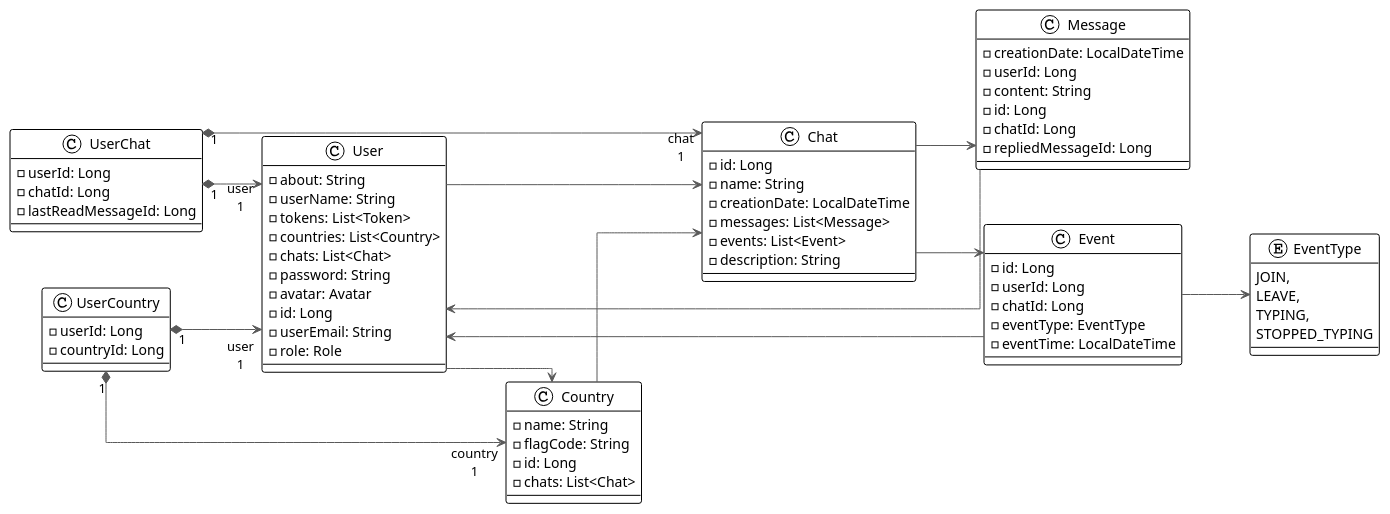
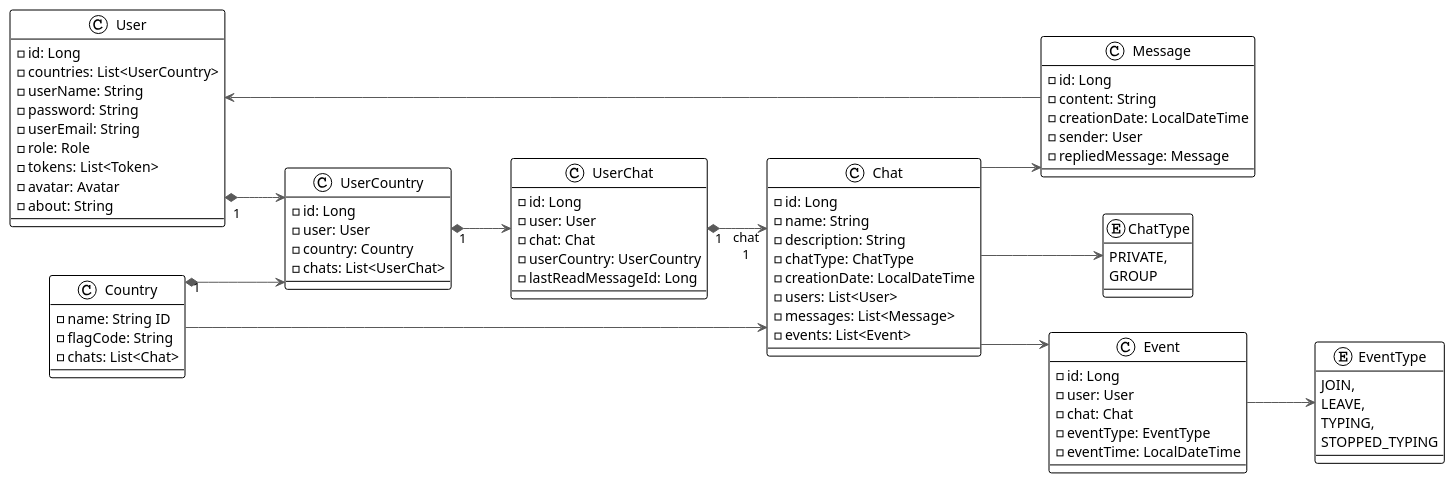
Before and after one commit to LiashenkoAndrey/talk-and-travel: the diagram in docs/architecture/core-class-diagram_v2.plantuml, drawn with PlantUML. The commit also changed 1 other file, not shown here.

Commit message:
class diagram v2

```diff
--- a/docs/architecture/core-class-diagram_v2.plantuml
+++ b/docs/architecture/core-class-diagram_v2.plantuml
@@ -1,87 +1,95 @@
 @startuml
 
 !theme plain
 left to right direction
 skinparam linetype ortho
 
 class User {
-  - about: String
+  - id: Long
+  - countries: List<UserCountry>
   - userName: String
-  - tokens: List<Token>
-  - countries: List<Country>
-  - chats: List<Chat>
   - password: String
-  - avatar: Avatar
-  - id: Long
   - userEmail: String
   - role: Role
+  - tokens: List<Token>
+  - avatar: Avatar
+  - about: String
 }
 
 class UserCountry {
-  - userId: Long
-  - countryId: Long
+  - id: Long
+  - user: User
+  - country: Country
+  - chats: List<UserChat>
 }
 
 class UserChat {
-  - userId: Long
-  - chatId: Long
+  - id: Long
+  - user: User
+  - chat: Chat
+  - userCountry: UserCountry
   - lastReadMessageId: Long
 }
 
 class Country {
-  - name: String
+  - name: String ID
   - flagCode: String
-  - id: Long
   - chats: List<Chat>
 }
 
 class Chat {
   - id: Long
   - name: String
+  - description: String
+  - chatType: ChatType
   - creationDate: LocalDateTime
+  - users: List<User>
   - messages: List<Message>
   - events: List<Event>
-  - description: String
+}
+
+enum ChatType {
+  PRIVATE,
+  GROUP
 }
 
 class Message {
+  - id: Long
+  - content: String
   - creationDate: LocalDateTime
-  - userId: Long
-  - content: String
-  - id: Long
-  - chatId: Long
-  - repliedMessageId: Long
+  - sender: User
+  - repliedMessage: Message
 }
 
 class Event {
   - id: Long
-  - userId: Long
-  - chatId: Long
+  - user: User
+  - chat: Chat
   - eventType: EventType
   - eventTime: LocalDateTime
 }
 
 enum EventType {
   JOIN,
   LEAVE,
   TYPING,
   STOPPED_TYPING
 }
 
-User -[#595959,plain]-> Country
-User -[#595959,plain]-> Chat
+
 Message -[#595959,plain]-> User
-Event -[#595959,plain]-> User
+
 Chat -[#595959,plain]-> Message
 Chat -[#595959,plain]-> Event
 Country -[#595959,plain]-> Chat
 
-UserCountry  "1" *-[#595959,plain]-> "user\n1" User
-UserCountry  "1" *-[#595959,plain]-> "country\n1" Country
+User  "1" *-[#595959,plain]->  UserCountry
+UserCountry  "1" *-[#595959,plain]-> UserChat
 
-UserChat     "1" *-[#595959,plain]-> "user\n1" User
+Country  "1" *-[#595959,plain]-> UserCountry
 UserChat     "1" *-[#595959,plain]-> "chat\n1" Chat
 
 Event -[#595959,plain]-> EventType
+Chat -[#595959,plain]-> ChatType
 
 @enduml
```
